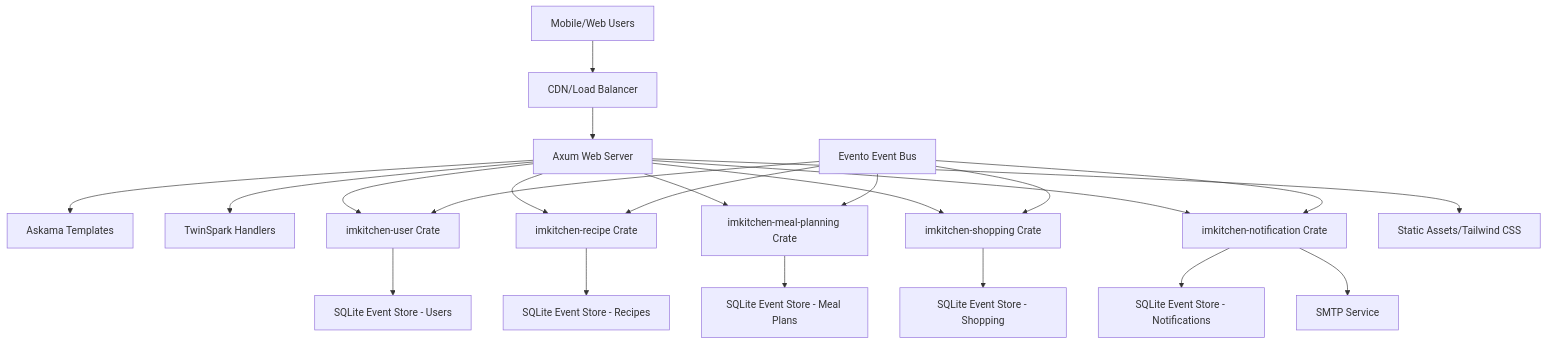
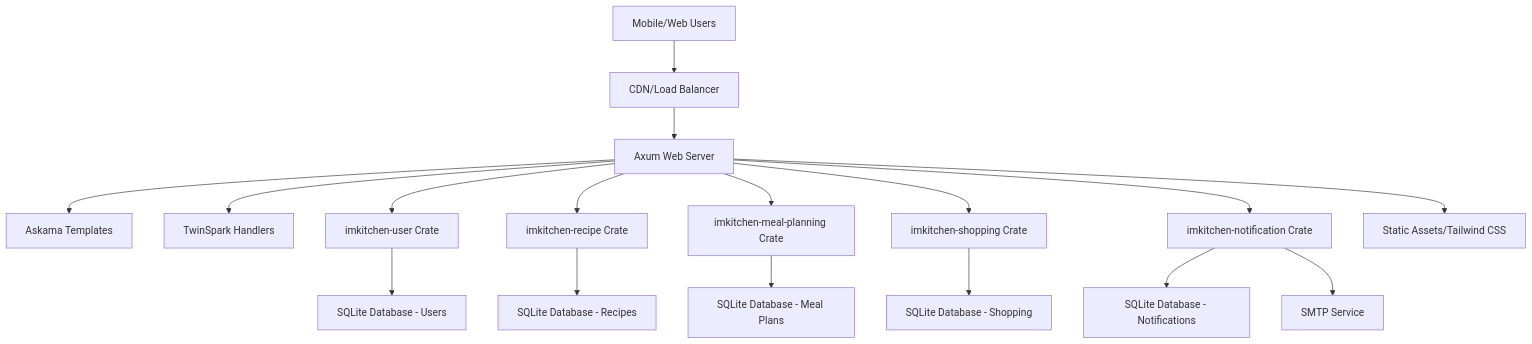
One commit to timayz/imkitchen changed the diagram in docs/architecture/high-level-architecture.md. Above: the diagram before and after it, drawn with Mermaid. The commit also changed other lines of this file and 57 other files, not shown here.

````diff
--- a/docs/architecture/high-level-architecture.md
+++ b/docs/architecture/high-level-architecture.md
@@ -21,28 +21,22 @@
 ```mermaid
 graph TD
     A[Mobile/Web Users] --> B[CDN/Load Balancer]
     B --> C[Axum Web Server]
     C --> D[Askama Templates]
     C --> E[TwinSpark Handlers]
     
     C --> F[imkitchen-user Crate]
     C --> G[imkitchen-recipe Crate] 
     C --> H[imkitchen-meal-planning Crate]
     C --> I[imkitchen-shopping Crate]
     C --> J[imkitchen-notification Crate]
     
-    F --> F1[SQLite Event Store - Users]
-    G --> G1[SQLite Event Store - Recipes]
-    H --> H1[SQLite Event Store - Meal Plans]
-    I --> I1[SQLite Event Store - Shopping]
-    J --> J1[SQLite Event Store - Notifications]
+    F --> F1[SQLite Database - Users]
+    G --> G1[SQLite Database - Recipes]
+    H --> H1[SQLite Database - Meal Plans]
+    I --> I1[SQLite Database - Shopping]
+    J --> J1[SQLite Database - Notifications]
     
     J --> K[SMTP Service]
     C --> L[Static Assets/Tailwind CSS]
-    
-    M[Evento Event Bus] --> F
-    M --> G
-    M --> H
-    M --> I
-    M --> J
 ```
````
